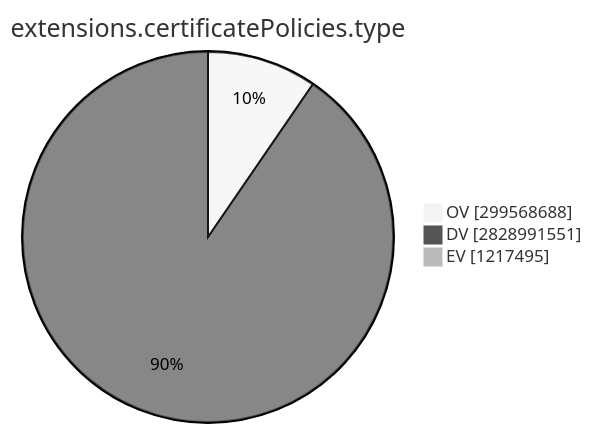
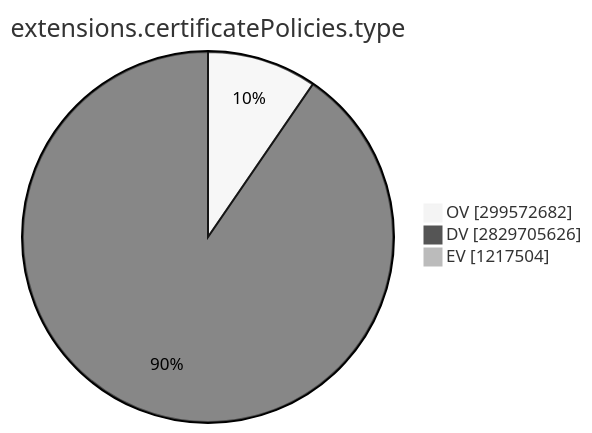
The ninth of 15 diagrams in TOTAL/README.md (christiankrug/ctmonitor_visualization), drawn with Mermaid (neutral theme) before and after one commit. The commit also changed other lines of this file, not shown here.

````diff
--- a/TOTAL/README.md
+++ b/TOTAL/README.md
@@ -3101,7 +3101,7 @@
 ```mermaid
 pie showData
 title extensions.certificatePolicies.type
-"OV" :299568688
-"DV" :2828991551
-"EV" :1217495
+"OV" :299572682
+"DV" :2829705626
+"EV" :1217504
 ```
````
